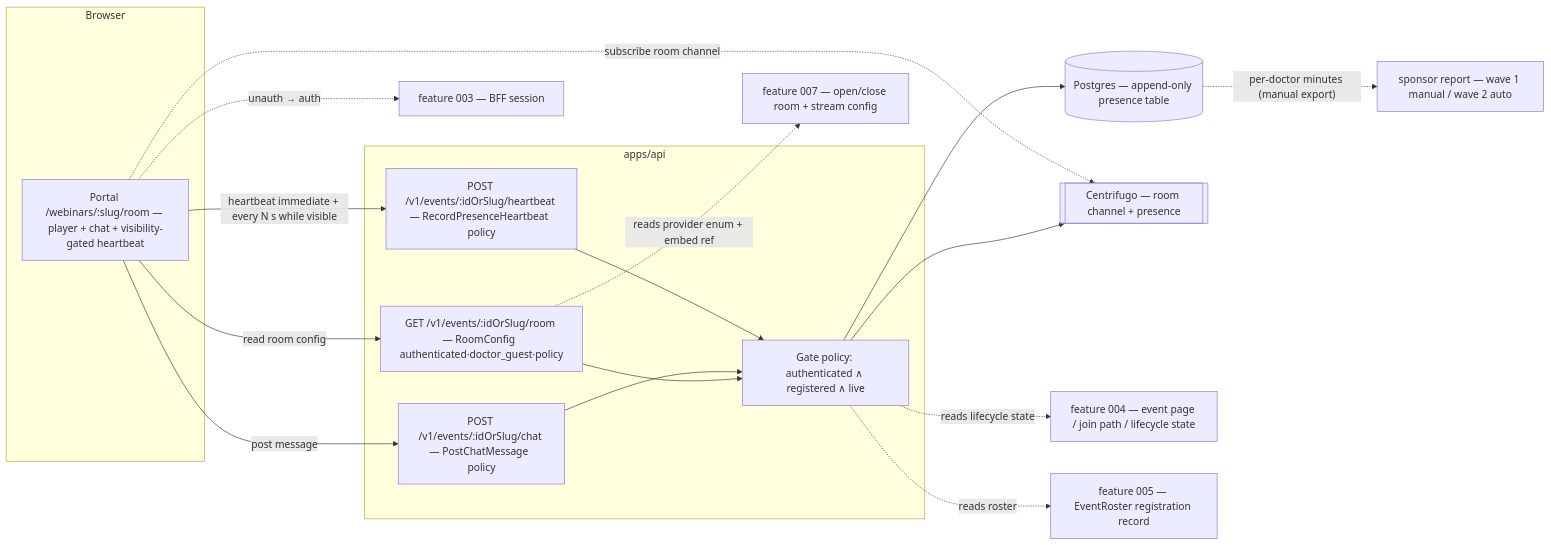
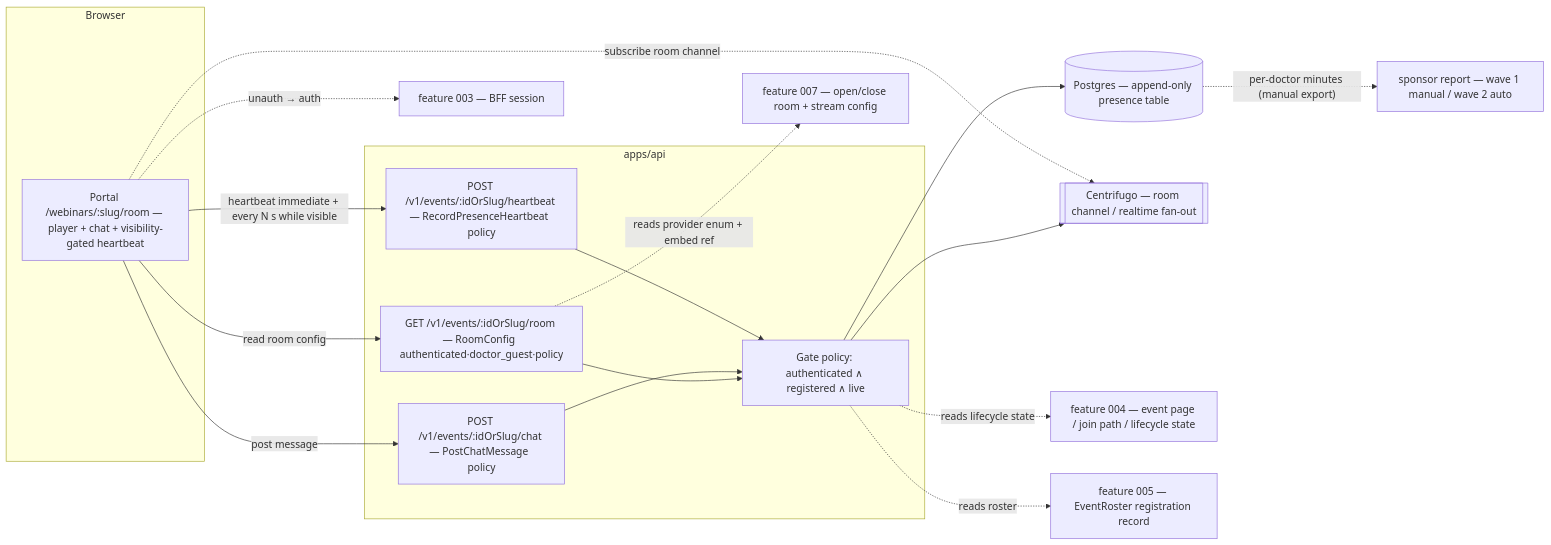
One commit to doctor-school/ds-platform changed the first of 9 diagrams in apps/docs/content/specs/features/006-webinar-room/006-design.md. Above: the diagram before and after it, drawn with Mermaid. The commit also changed other lines of this file and 16 other files, not shown here.

````diff
--- a/apps/docs/content/specs/features/006-webinar-room/006-design.md
+++ b/apps/docs/content/specs/features/006-webinar-room/006-design.md
@@ -16,28 +16,28 @@
 ```mermaid
 flowchart LR
   subgraph Browser
     RM[Portal /webinars/:slug/room — player + chat + visibility-gated heartbeat]
   end
   subgraph apps_api[apps/api]
     Q1[GET /v1/events/:idOrSlug/room — RoomConfig  authenticated·doctor_guest·policy]
     C1[POST /v1/events/:idOrSlug/chat — PostChatMessage  policy]
     C2[POST /v1/events/:idOrSlug/heartbeat — RecordPresenceHeartbeat  policy]
     GATE[Gate policy: authenticated ∧ registered ∧ live]
   end
   PG[(Postgres — append-only presence table)]
-  CF[[Centrifugo — room channel + presence]]
+  CF[[Centrifugo — room channel / realtime fan-out]]
   AUTH[feature 003 — BFF session]
   P004[feature 004 — event page / join path / lifecycle state]
   P005[feature 005 — EventRoster registration record]
   W007[feature 007 — open/close room + stream config]
 
   RM -->|read room config| Q1 --> GATE
   RM -->|post message| C1 --> GATE --> CF
   RM -->|heartbeat immediate + every N s while visible| C2 --> GATE --> PG
   GATE -. reads roster .-> P005
   GATE -. reads lifecycle state .-> P004
   Q1 -. reads provider enum + embed ref .-> W007
   RM -. subscribe room channel .-> CF
   RM -. unauth → auth .-> AUTH
   PG -. per-doctor minutes (manual export) .-> RPT[sponsor report — wave 1 manual / wave 2 auto]
 ```
````
